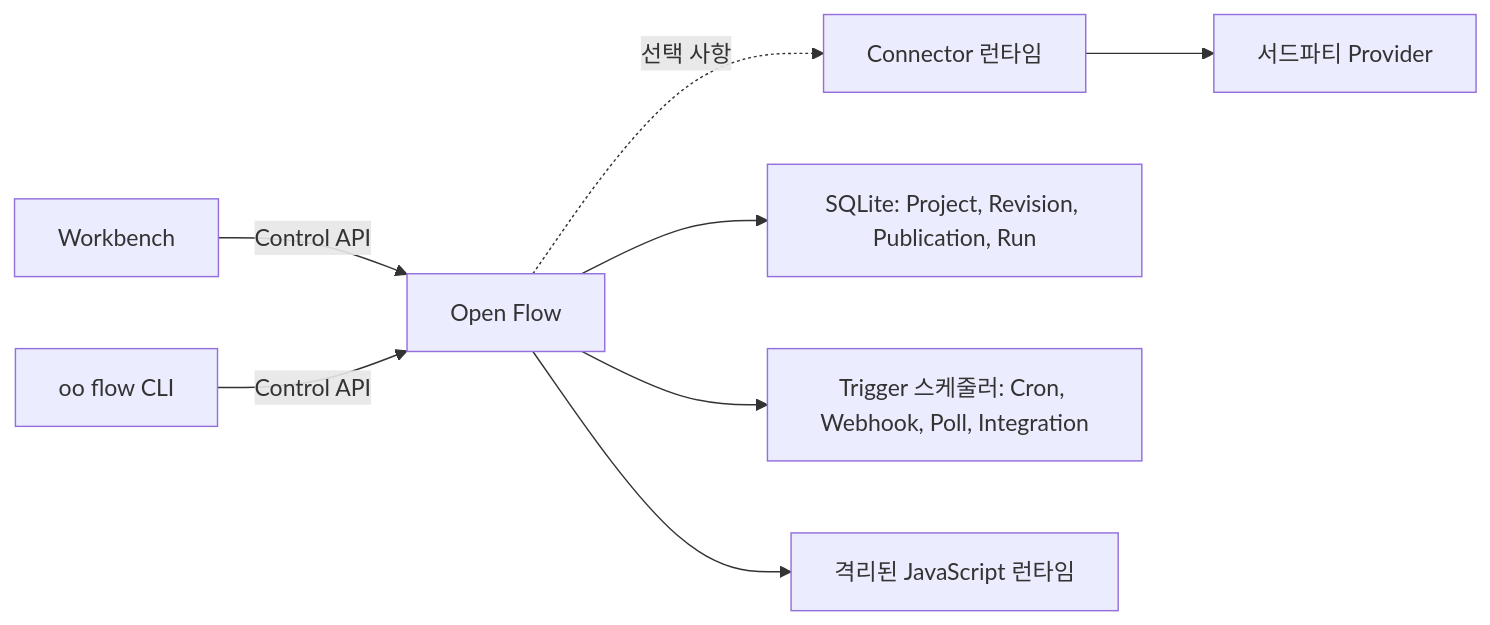
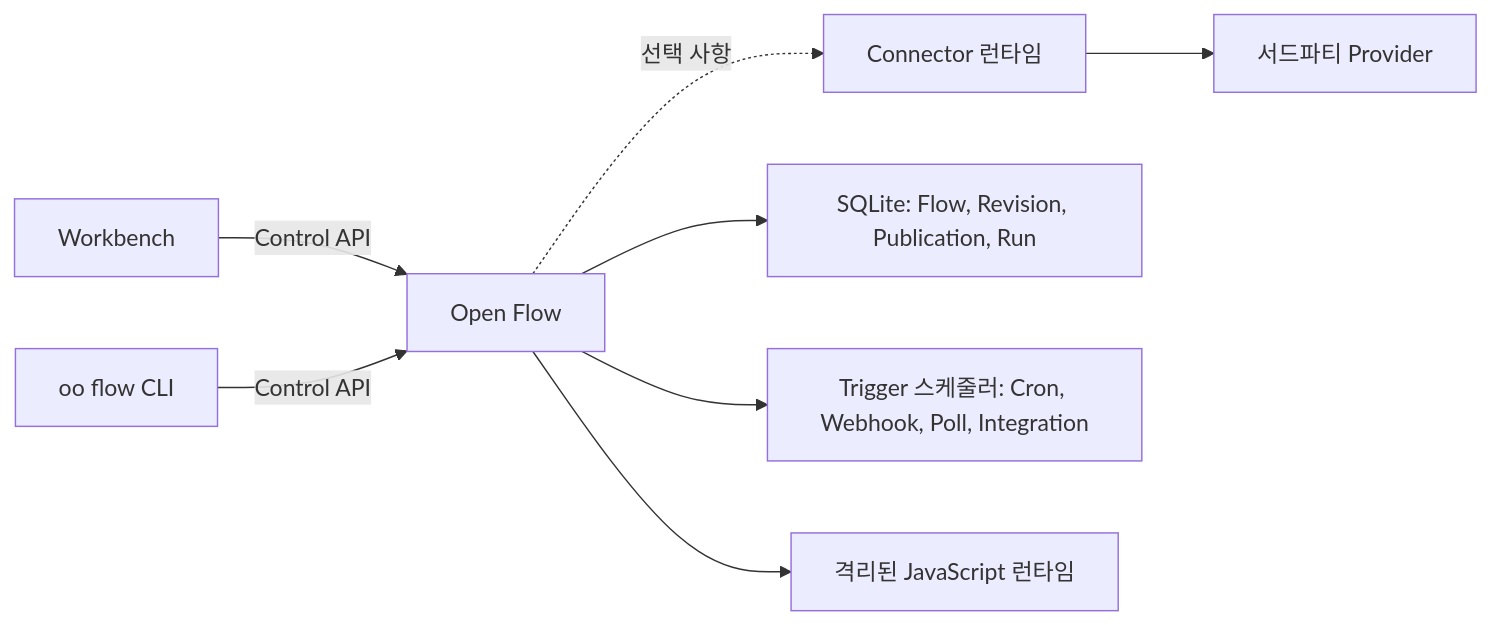
Before and after one commit to oomol-lab/open-flow: the diagram in docs/README.ko.md, drawn with Mermaid. The commit also changed other lines of this file and 26 other files, not shown here.

````diff
--- a/docs/README.ko.md
+++ b/docs/README.ko.md
@@ -123,10 +123,10 @@
 ```mermaid
 flowchart LR
   Workbench["Workbench"] -->|"Control API"| Server["Open Flow"]
   CLI["oo flow CLI"] -->|"Control API"| Server
   Server -. "선택 사항" .-> Connector["Connector 런타임"]
   Connector --> Providers["서드파티 Provider"]
-  Server --> Store["SQLite: Project, Revision, Publication, Run"]
+  Server --> Store["SQLite: Flow, Revision, Publication, Run"]
   Server --> Triggers["Trigger 스케줄러: Cron, Webhook, Poll, Integration"]
   Server --> Runtime["격리된 JavaScript 런타임"]
 ```
````
